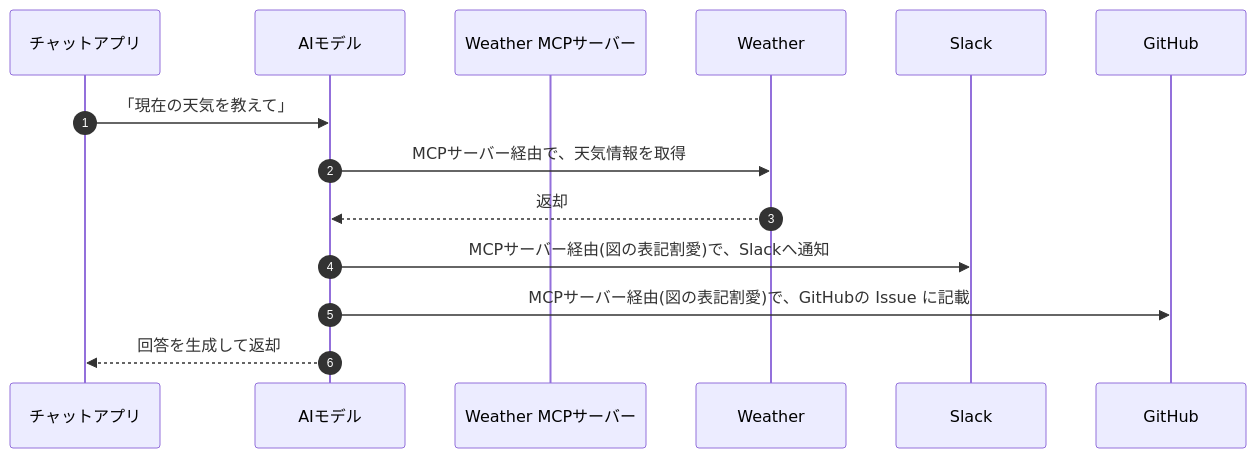
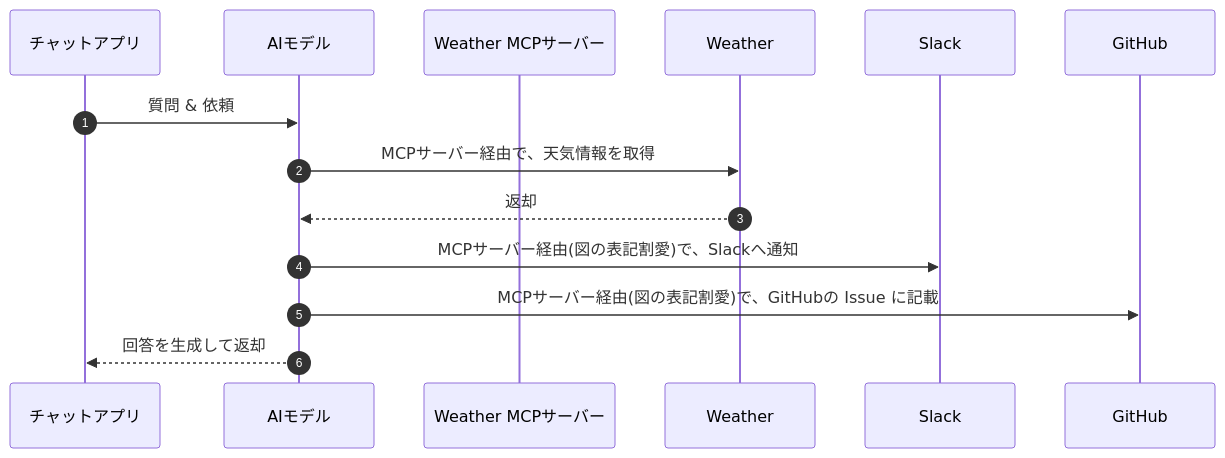
One commit to tsukamoto1783/zenn_content changed the second of 2 diagrams in articles/mcp_server_summary.md. Above: the diagram before and after it, drawn with Mermaid. The commit also changed other lines of this file, not shown here.

````diff
--- a/articles/mcp_server_summary.md
+++ b/articles/mcp_server_summary.md
@@ -120,17 +120,17 @@
 ```mermaid
 sequenceDiagram
 autonumber
 participant app as チャットアプリ
 participant ai as AIモデル
 participant weatherServer as Weather MCPサーバー
 participant weather as Weather
 participant slack as Slack
 participant github as GitHub
 
-app ->> ai: 「現在の天気を教えて」
+app ->> ai: 質問 & 依頼
 ai ->> weather: MCPサーバー経由で、天気情報を取得
 weather -->> ai: 返却
 ai ->> slack: MCPサーバー経由(図の表記割愛)で、Slackへ通知
 ai ->> github: MCPサーバー経由(図の表記割愛)で、GitHubの Issue に記載
 ai -->> app: 回答を生成して返却
 ```
````
